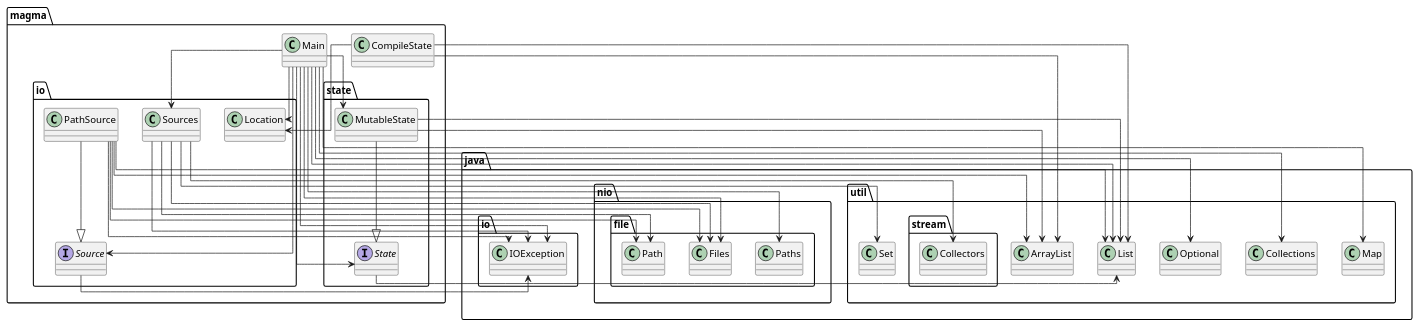
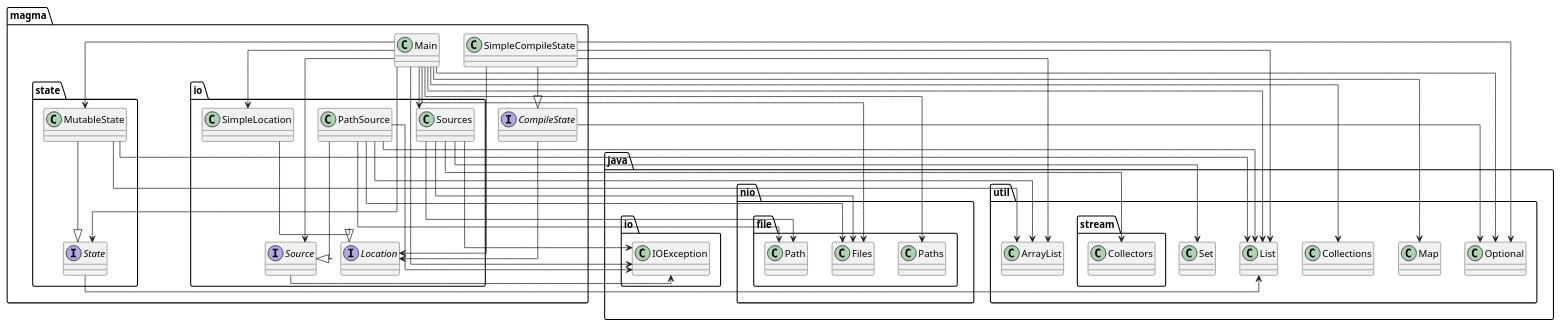
The diagram in diagram.puml (SirMathhman/Magma), drawn with PlantUML before and after one commit. The commit also changed 6 other files, not shown here.

```diff
--- a/diagram.puml
+++ b/diagram.puml
@@ -1,42 +1,49 @@
 @startuml
 skinparam linetype ortho
-class magma.io.Location
-magma.Main --> magma.io.Location
+interface magma.io.Location
+magma.Main --> magma.io.SimpleLocation
 magma.Main --> magma.io.Source
 magma.Main --> magma.io.Sources
 magma.Main --> magma.state.MutableState
 magma.Main --> magma.state.State
 magma.Main --> java.io.IOException
 magma.Main --> java.nio.file.Files
 magma.Main --> java.nio.file.Paths
 magma.Main --> java.util.Collections
 magma.Main --> java.util.List
 magma.Main --> java.util.Map
 magma.Main --> java.util.Optional
 class magma.Main
+magma.SimpleCompileState --> magma.io.Location
+magma.SimpleCompileState --> java.util.ArrayList
+magma.SimpleCompileState --> java.util.List
+magma.SimpleCompileState --> java.util.Optional
+class magma.SimpleCompileState
+magma.SimpleCompileState --|> magma.CompileState
 magma.state.State --> java.util.List
 interface magma.state.State
+class magma.io.SimpleLocation
+magma.io.SimpleLocation --|> magma.io.Location
 magma.io.Source --> java.io.IOException
 interface magma.io.Source
 magma.state.MutableState --> java.util.ArrayList
 magma.state.MutableState --> java.util.List
 class magma.state.MutableState
 magma.state.MutableState --|> magma.state.State
 magma.io.PathSource --> java.io.IOException
 magma.io.PathSource --> java.nio.file.Files
 magma.io.PathSource --> java.nio.file.Path
 magma.io.PathSource --> java.util.ArrayList
 magma.io.PathSource --> java.util.List
 class magma.io.PathSource
 magma.io.PathSource --|> magma.io.Source
 magma.CompileState --> magma.io.Location
-magma.CompileState --> java.util.ArrayList
-magma.CompileState --> java.util.List
-class magma.CompileState
+magma.CompileState --> java.util.Optional
+interface magma.CompileState
 magma.io.Sources --> java.io.IOException
 magma.io.Sources --> java.nio.file.Files
 magma.io.Sources --> java.nio.file.Path
 magma.io.Sources --> java.util.Set
 magma.io.Sources --> java.util.stream.Collectors
 class magma.io.Sources
 @enduml
```
